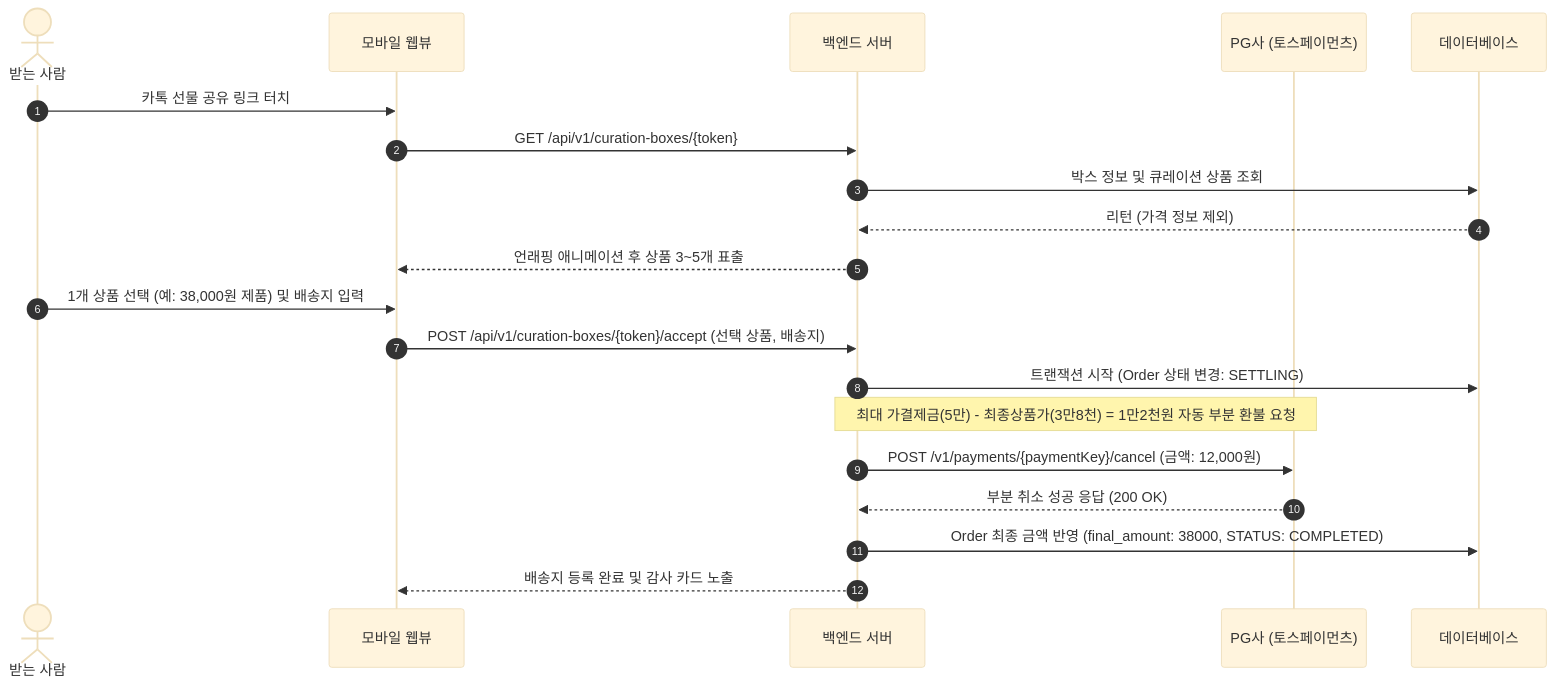
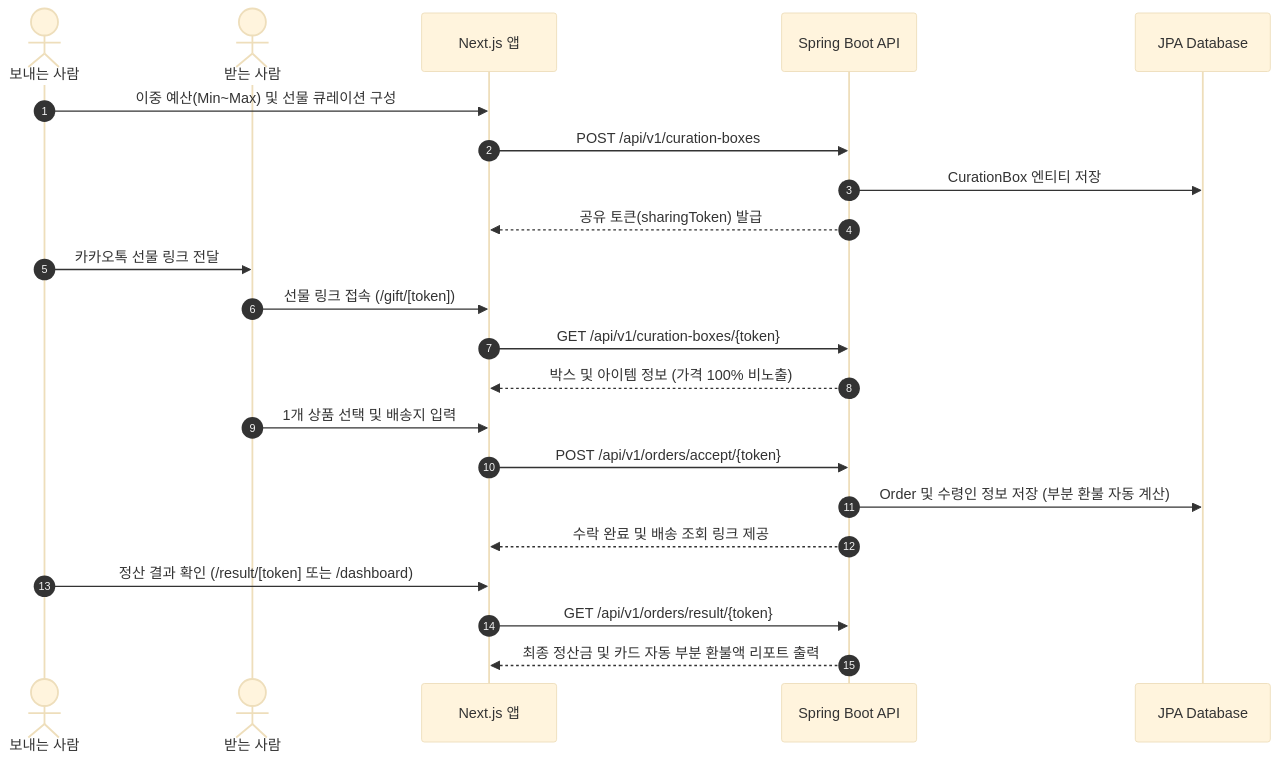
One commit to juhee77/share-present changed the diagram in README.md. Above: the diagram before and after it, drawn with Mermaid (base theme). The commit also changed other lines of this file, not shown here.

Commit message:
docs: update README with fullstack architecture, recipient tracking, sender dashboard, and zero-price security specs

````diff
--- a/README.md
+++ b/README.md
@@ -208,25 +66,28 @@
 ```mermaid
 sequenceDiagram
     autonumber
+    actor Sender as 보내는 사람
     actor Receiver as 받는 사람
-    participant Client as 모바일 웹뷰
-    participant API as 백엔드 서버
-    participant PG as PG사 (토스페이먼츠)
-    participant DB as 데이터베이스
+    participant Client as Next.js 앱
+    participant API as Spring Boot API
+    participant DB as JPA Database
 
-    Receiver->>Client: 카톡 선물 공유 링크 터치
+    Sender->>Client: 이중 예산(Min~Max) 및 선물 큐레이션 구성
+    Client->>API: POST /api/v1/curation-boxes
+    API->>DB: CurationBox 엔티티 저장
+    API-->>Client: 공유 토큰(sharingToken) 발급
+    
+    Sender->>Receiver: 카카오톡 선물 링크 전달
+    Receiver->>Client: 선물 링크 접속 (/gift/[token])
     Client->>API: GET /api/v1/curation-boxes/{token}
-    API->>DB: 박스 정보 및 큐레이션 상품 조회
-    DB-->>API: 리턴 (가격 정보 제외)
-    API-->>Client: 언래핑 애니메이션 후 상품 3~5개 표출
-    Receiver->>Client: 1개 상품 선택 (예: 38,000원 제품) 및 배송지 입력
-    Client->>API: POST /api/v1/curation-boxes/{token}/accept (선택 상품, 배송지)
-    API->>DB: 트랜잭션 시작 (Order 상태 변경: SETTLING)
+    API-->>Client: 박스 및 아이템 정보 (가격 100% 비노출)
     
-    note over API, PG: 최대 가결제금(5만) - 최종상품가(3만8천) = 1만2천원 자동 부분 환불 요청
-    API->>PG: POST /v1/payments/{paymentKey}/cancel (금액: 12,000원)
-    PG-->>API: 부분 취소 성공 응답 (200 OK)
+    Receiver->>Client: 1개 상품 선택 및 배송지 입력
+    Client->>API: POST /api/v1/orders/accept/{token}
+    API->>DB: Order 및 수령인 정보 저장 (부분 환불 자동 계산)
+    API-->>Client: 수락 완료 및 배송 조회 링크 제공
     
-    API->>DB: Order 최종 금액 반영 (final_amount: 38000, STATUS: COMPLETED)
-    API-->>Client: 배송지 등록 완료 및 감사 카드 노출
+    Sender->>Client: 정산 결과 확인 (/result/[token] 또는 /dashboard)
+    Client->>API: GET /api/v1/orders/result/{token}
+    API-->>Client: 최종 정산금 및 카드 자동 부분 환불액 리포트 출력
 ```
````
